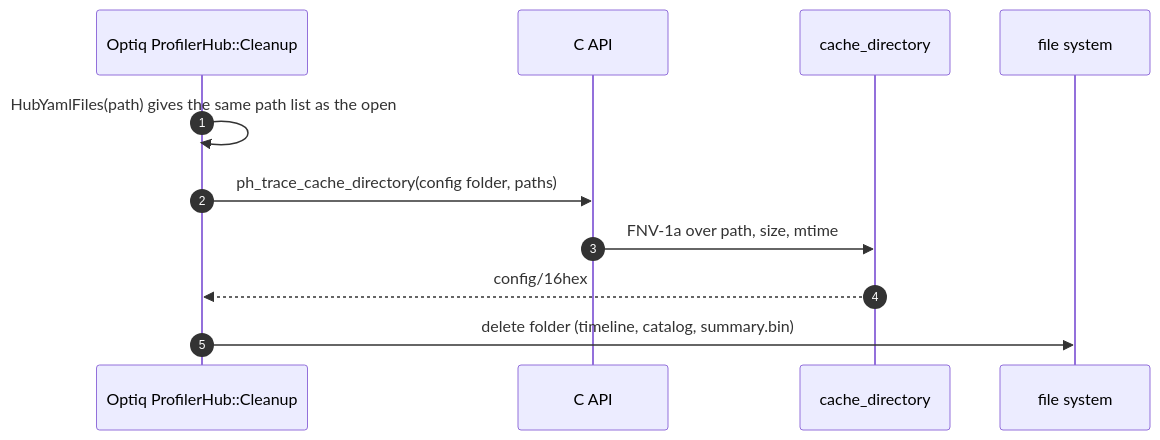
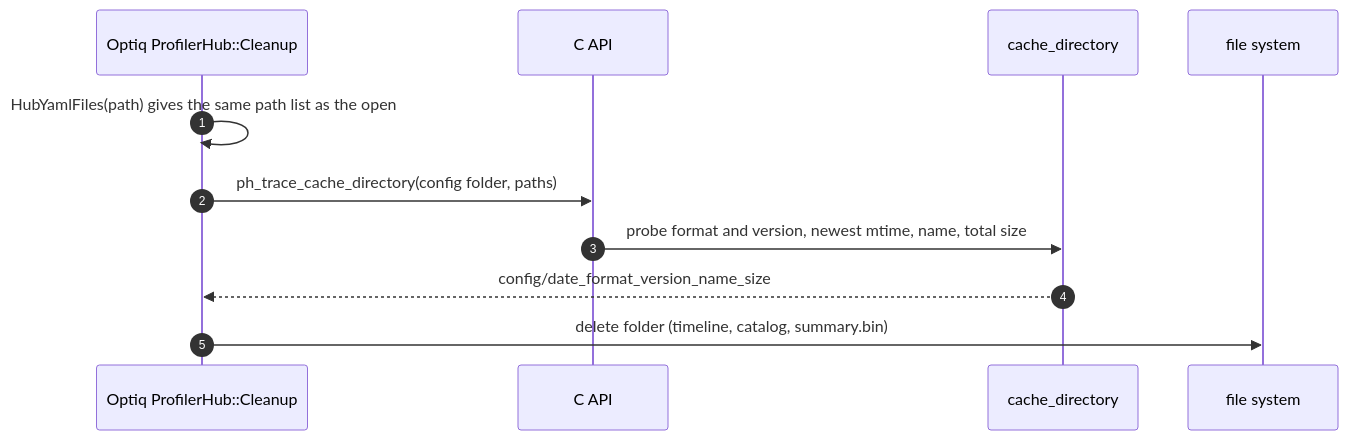
One commit to ROCm/rocm-systems changed the eighth of 8 diagrams in profilers/profiler-hub/docs/optiq-integration/reader-execution-flow.md. Above: the diagram before and after it, drawn with Mermaid. The commit also changed other lines of this file and 7 other files, not shown here.

Commit message:
Changed trace cache directory name to human-readable format

````diff
--- a/profilers/profiler-hub/docs/optiq-integration/reader-execution-flow.md
+++ b/profilers/profiler-hub/docs/optiq-integration/reader-execution-flow.md
@@ -437,14 +437,14 @@
 ```mermaid
 sequenceDiagram
   autonumber
   participant O as Optiq ProfilerHub::Cleanup
   participant C as C API
   participant H as cache_directory
   participant FS as file system
 
   O->>O: HubYamlFiles(path) gives the same path list as the open
   O->>C: ph_trace_cache_directory(config folder, paths)
-  C->>H: FNV-1a over path, size, mtime
-  H-->>O: config/16hex
+  C->>H: probe format and version, newest mtime, name, total size
+  H-->>O: config/date_format_version_name_size
   O->>FS: delete folder (timeline, catalog, summary.bin)
 ```
````
